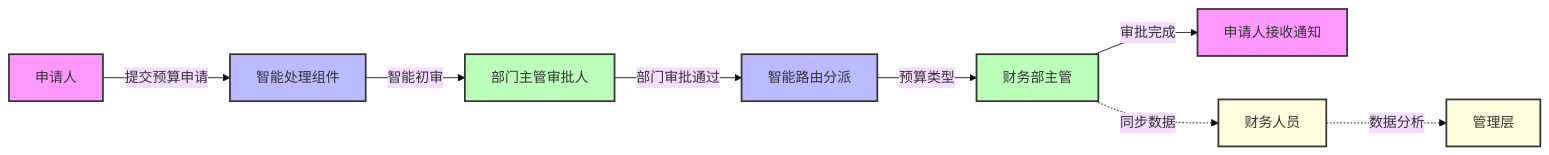
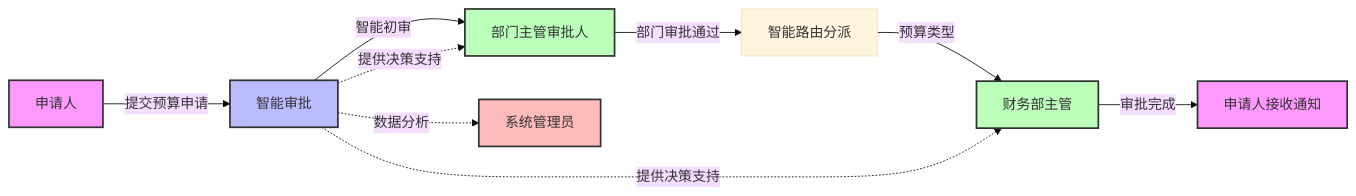
One commit to Moonlight168/blog changed the third of 5 diagrams in src/series/myprojects/FlowMind/开发流程/需求分析/角色定义.md. Above: the diagram before and after it, drawn with Mermaid (base theme). The commit also changed other lines of this file and 20 other files, not shown here.

````diff
--- a/src/series/myprojects/FlowMind/开发流程/需求分析/角色定义.md
+++ b/src/series/myprojects/FlowMind/开发流程/需求分析/角色定义.md
@@ -184,20 +205,21 @@
 ```mermaid
 flowchart LR
-    A[申请人] -->|提交预算申请| B[智能处理组件]
+    A[申请人] -->|提交预算申请| B[智能审批]
     B -->|智能初审| C[部门主管审批人]
+    B -.->|提供决策支持| C
     C -->|部门审批通过| D[智能路由分派]
     D -->|预算类型| E[财务部主管]
+    B -.->|提供决策支持| E
     E -->|审批完成| F[申请人接收通知]
-    E -.->|同步数据| G[财务人员]
-    G -.->|数据分析| H[管理层]
+    B -.->|数据分析| G[系统管理员]
     
     classDef user fill:#f9f,stroke:#333,stroke-width:2px;
-    classDef agent fill:#bbf,stroke:#333,stroke-width:2px;
+    classDef ai fill:#bbf,stroke:#333,stroke-width:2px;
     classDef approver fill:#bfb,stroke:#333,stroke-width:2px;
-    classDef analyst fill:#ffd,stroke:#333,stroke-width:2px;
+    classDef admin fill:#fbb,stroke:#333,stroke-width:2px;
     
     class A,F user;
-    class B,D agent;
+    class B ai;
     class C,E approver;
-    class G,H analyst;
+    class G admin;
 ```
````
